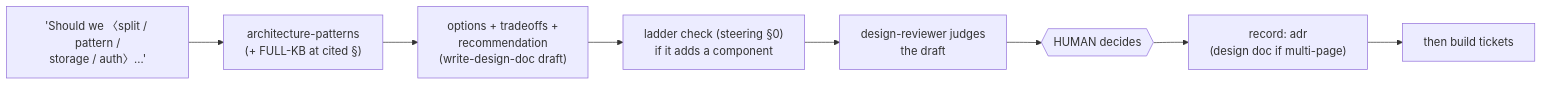
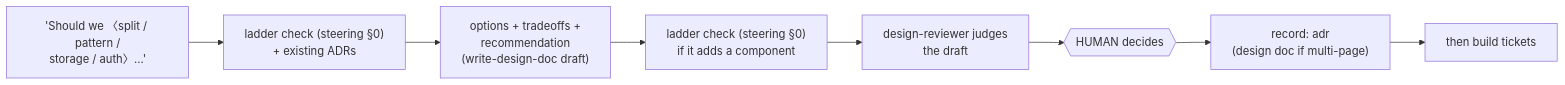
One commit to KSriki/agent-harness-template changed the fourth of 5 diagrams in docs/workflows.md. Above: the diagram before and after it, drawn with Mermaid. The commit also changed other lines of this file and 41 other files, not shown here.

````diff
--- a/docs/workflows.md
+++ b/docs/workflows.md
@@ -55,5 +54,5 @@
 ```mermaid
 flowchart LR
-    Q["'Should we 〈split / pattern /<br/>storage / auth〉…'"] --> AP["architecture-patterns<br/>(+ FULL-KB at cited §)"] --> OPT["options + tradeoffs +<br/>recommendation<br/>(write-design-doc draft)"] --> RUNG["ladder check (steering §0)<br/>if it adds a component"] --> DR["design-reviewer judges<br/>the draft"] --> H{{"HUMAN decides"}}
+    Q["'Should we 〈split / pattern /<br/>storage / auth〉…'"] --> AP["ladder check (steering §0)<br/>+ existing ADRs"] --> OPT["options + tradeoffs +<br/>recommendation<br/>(write-design-doc draft)"] --> RUNG["ladder check (steering §0)<br/>if it adds a component"] --> DR["design-reviewer judges<br/>the draft"] --> H{{"HUMAN decides"}}
     H --> REC["record: adr<br/>(design doc if multi-page)"] --> BUILD["then build tickets"]
 ```
````
